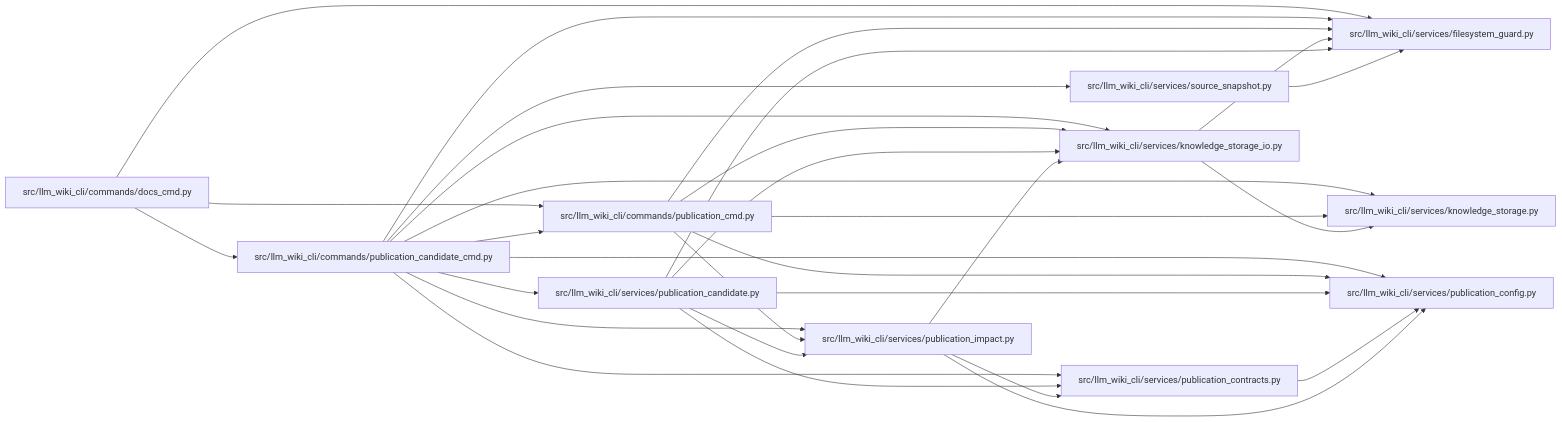
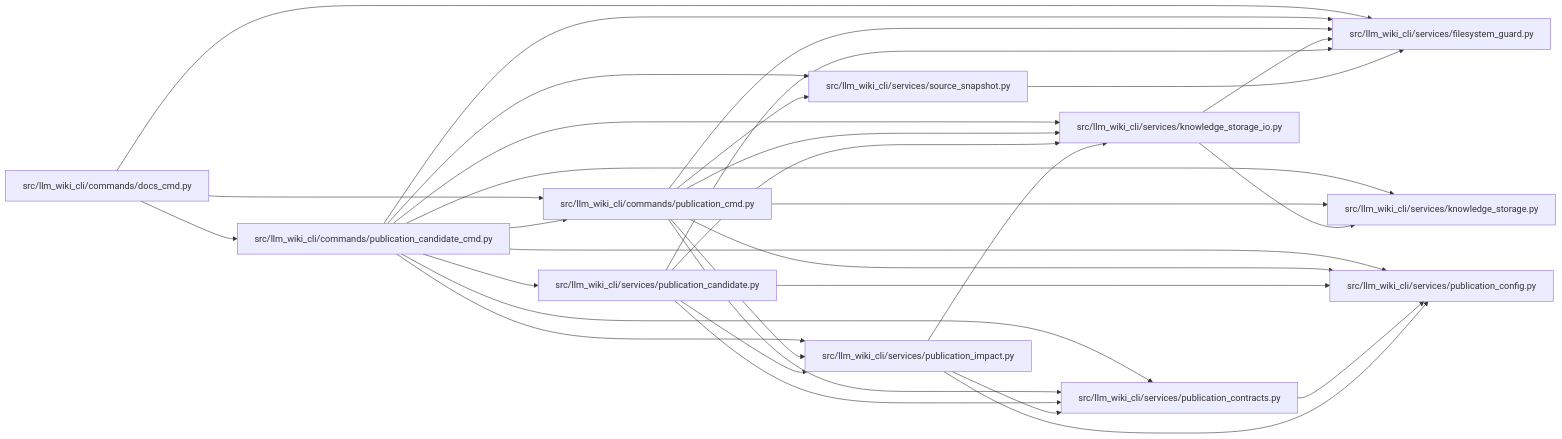
One commit to Denissvgn/python-wiki-llm changed the diagram in docs/llm_wiki/modules/publication_candidate_cmd.md. Above: the diagram before and after it, drawn with Mermaid. The commit also changed 218 other files, not shown here.

````diff
--- a/docs/llm_wiki/modules/publication_candidate_cmd.md
+++ b/docs/llm_wiki/modules/publication_candidate_cmd.md
@@ -30,54 +30,56 @@
 ```mermaid
 flowchart LR
     n0["src/llm_wiki_cli/commands/docs_cmd.py"]
     n1["src/llm_wiki_cli/commands/publication_candidate_cmd.py"]
     n2["src/llm_wiki_cli/commands/publication_cmd.py"]
     n3["src/llm_wiki_cli/services/filesystem_guard.py"]
     n4["src/llm_wiki_cli/services/knowledge_storage.py"]
     n5["src/llm_wiki_cli/services/knowledge_storage_io.py"]
     n6["src/llm_wiki_cli/services/publication_candidate.py"]
     n7["src/llm_wiki_cli/services/publication_config.py"]
     n8["src/llm_wiki_cli/services/publication_contracts.py"]
     n9["src/llm_wiki_cli/services/publication_impact.py"]
     n10["src/llm_wiki_cli/services/source_snapshot.py"]
     n0 --> n1
     n0 --> n2
     n0 --> n3
     n1 --> n2
     n1 --> n3
     n1 --> n4
     n1 --> n5
     n1 --> n6
     n1 --> n7
     n1 --> n8
     n1 --> n9
     n1 --> n10
     n2 --> n3
     n2 --> n4
     n2 --> n5
     n2 --> n7
+    n2 --> n8
     n2 --> n9
+    n2 --> n10
     n5 --> n3
     n5 --> n4
     n6 --> n3
     n6 --> n5
     n6 --> n7
     n6 --> n8
     n6 --> n9
     n8 --> n7
     n9 --> n5
     n9 --> n7
     n9 --> n8
     n10 --> n3
     click n0 "../modules/docs_cmd.md"
     click n1 "../modules/publication_candidate_cmd.md"
     click n2 "../modules/publication_cmd.md"
     click n3 "../modules/filesystem_guard.md"
     click n4 "../modules/knowledge_storage.md"
     click n5 "../modules/knowledge_storage_io.md"
     click n6 "../modules/publication_candidate.md"
     click n7 "../modules/publication_config.md"
     click n8 "../modules/publication_contracts.md"
     click n9 "../modules/publication_impact.md"
     click n10 "../modules/source_snapshot.md"
 ```
````
